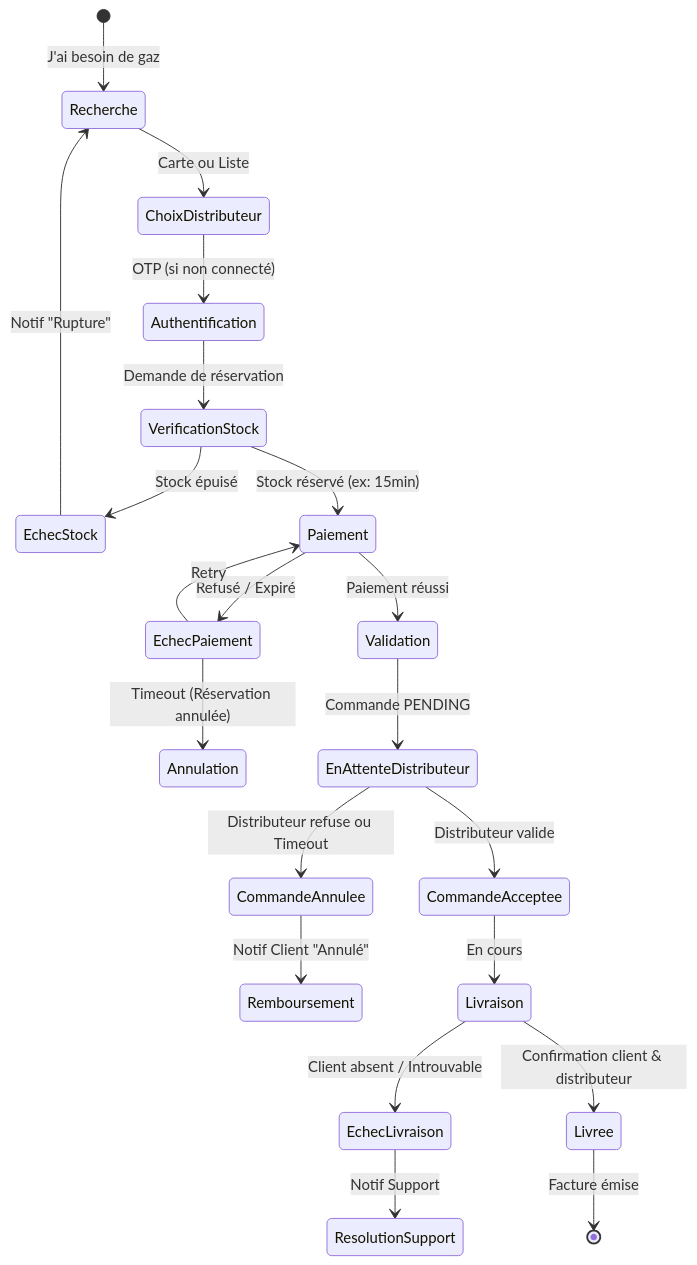
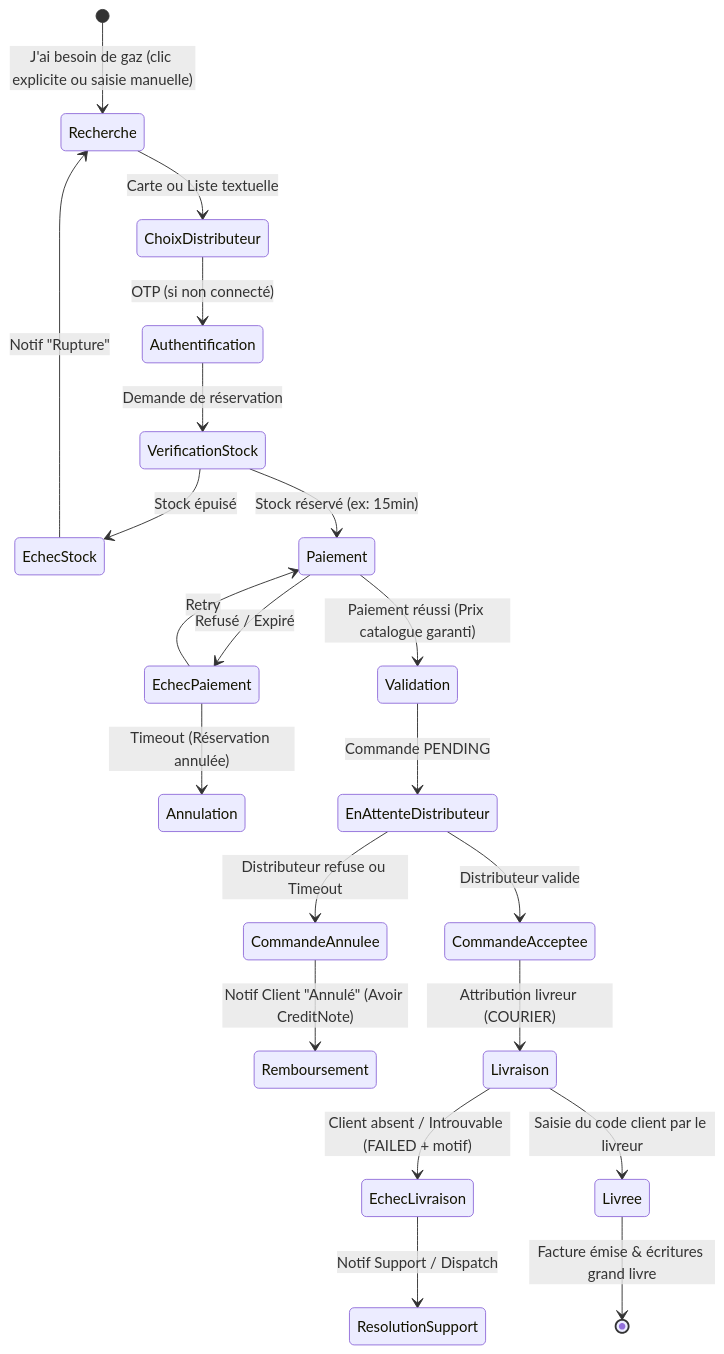
Before and after one commit to durelpro/pleingaz: the first of 4 diagrams in docs/02-cadrage-ux-roles.md, drawn with Mermaid. The commit also changed other lines of this file and 4 other files, not shown here.

````diff
--- a/docs/02-cadrage-ux-roles.md
+++ b/docs/02-cadrage-ux-roles.md
@@ -51,29 +61,29 @@
 ```mermaid
 stateDiagram-v2
-    [*] --> Recherche: J'ai besoin de gaz
-    Recherche --> ChoixDistributeur: Carte ou Liste
+    [*] --> Recherche: J'ai besoin de gaz (clic explicite ou saisie manuelle)
+    Recherche --> ChoixDistributeur: Carte ou Liste textuelle
     ChoixDistributeur --> Authentification: OTP (si non connecté)
     Authentification --> VerificationStock: Demande de réservation
     
     VerificationStock --> EchecStock: Stock épuisé
     EchecStock --> Recherche: Notif "Rupture"
     
     VerificationStock --> Paiement: Stock réservé (ex: 15min)
     Paiement --> EchecPaiement: Refusé / Expiré
     EchecPaiement --> Paiement: Retry
     EchecPaiement --> Annulation: Timeout (Réservation annulée)
     
-    Paiement --> Validation: Paiement réussi
+    Paiement --> Validation: Paiement réussi (Prix catalogue garanti)
     Validation --> EnAttenteDistributeur: Commande PENDING
     
     EnAttenteDistributeur --> CommandeAcceptee: Distributeur valide
     EnAttenteDistributeur --> CommandeAnnulee: Distributeur refuse ou Timeout
-    CommandeAnnulee --> Remboursement: Notif Client "Annulé"
+    CommandeAnnulee --> Remboursement: Notif Client "Annulé" (Avoir CreditNote)
     
-    CommandeAcceptee --> Livraison: En cours
-    Livraison --> EchecLivraison: Client absent / Introuvable
-    EchecLivraison --> ResolutionSupport: Notif Support
+    CommandeAcceptee --> Livraison: Attribution livreur (COURIER)
+    Livraison --> EchecLivraison: Client absent / Introuvable (FAILED + motif)
+    EchecLivraison --> ResolutionSupport: Notif Support / Dispatch
     
-    Livraison --> Livree: Confirmation client & distributeur
-    Livree --> [*]: Facture émise
+    Livraison --> Livree: Saisie du code client par le livreur
+    Livree --> [*]: Facture émise & écritures grand livre
 ```
````
